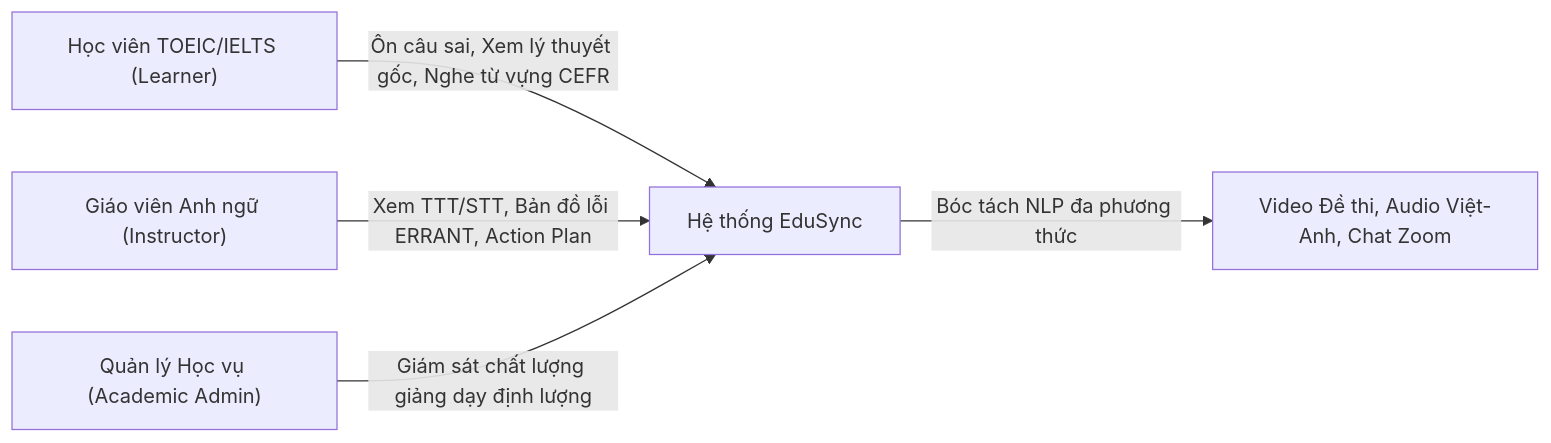
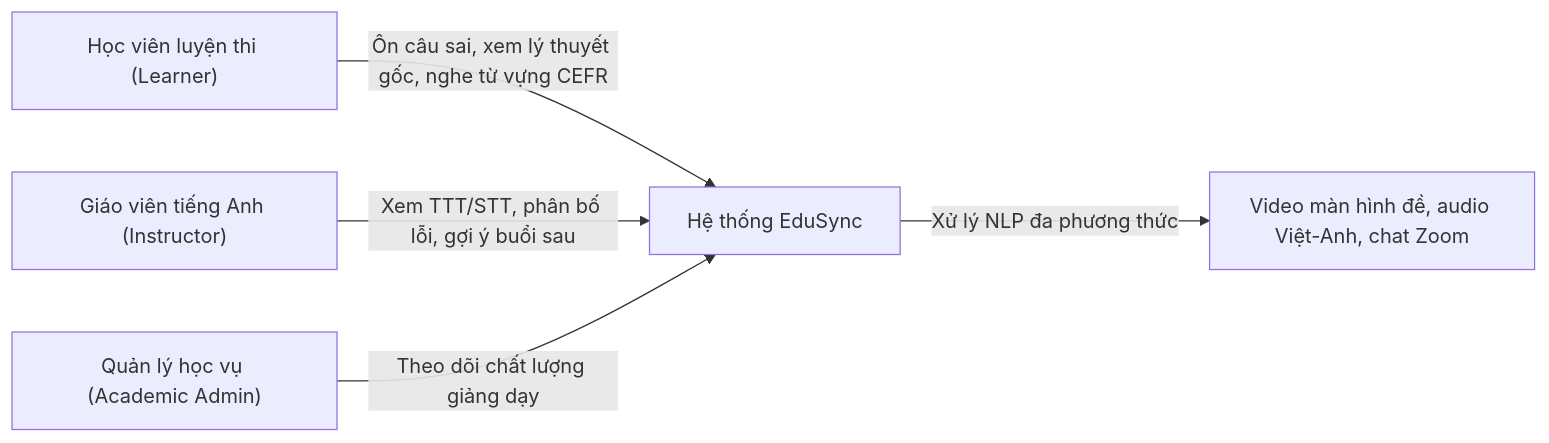
One commit to CelesEclipse/NLP501_edusync_mvp changed the first of 2 diagrams in docs/03_requirements_analysis_srs.md. Above: the diagram before and after it, drawn with Mermaid. The commit also changed other lines of this file and 30 other files, not shown here.

````diff
--- a/docs/03_requirements_analysis_srs.md
+++ b/docs/03_requirements_analysis_srs.md
@@ -38,7 +40,7 @@
 ```mermaid
 flowchart LR
-    Student["Học viên TOEIC/IELTS (Learner)"] --> |"Ôn câu sai, Xem lý thuyết gốc, Nghe từ vựng CEFR"| System["Hệ thống EduSync"]
-    Teacher["Giáo viên Anh ngữ (Instructor)"] --> |"Xem TTT/STT, Bản đồ lỗi ERRANT, Action Plan"| System
-    Admin["Quản lý Học vụ (Academic Admin)"] --> |"Giám sát chất lượng giảng dạy định lượng"| System
-    System --> |"Bóc tách NLP đa phương thức"| VideoAudio["Video Đề thi, Audio Việt-Anh, Chat Zoom"]
+    Student["Học viên luyện thi (Learner)"] --> |"Ôn câu sai, xem lý thuyết gốc, nghe từ vựng CEFR"| System["Hệ thống EduSync"]
+    Teacher["Giáo viên tiếng Anh (Instructor)"] --> |"Xem TTT/STT, phân bố lỗi, gợi ý buổi sau"| System
+    Admin["Quản lý học vụ (Academic Admin)"] --> |"Theo dõi chất lượng giảng dạy"| System
+    System --> |"Xử lý NLP đa phương thức"| VideoAudio["Video màn hình đề, audio Việt-Anh, chat Zoom"]
 ```
````
